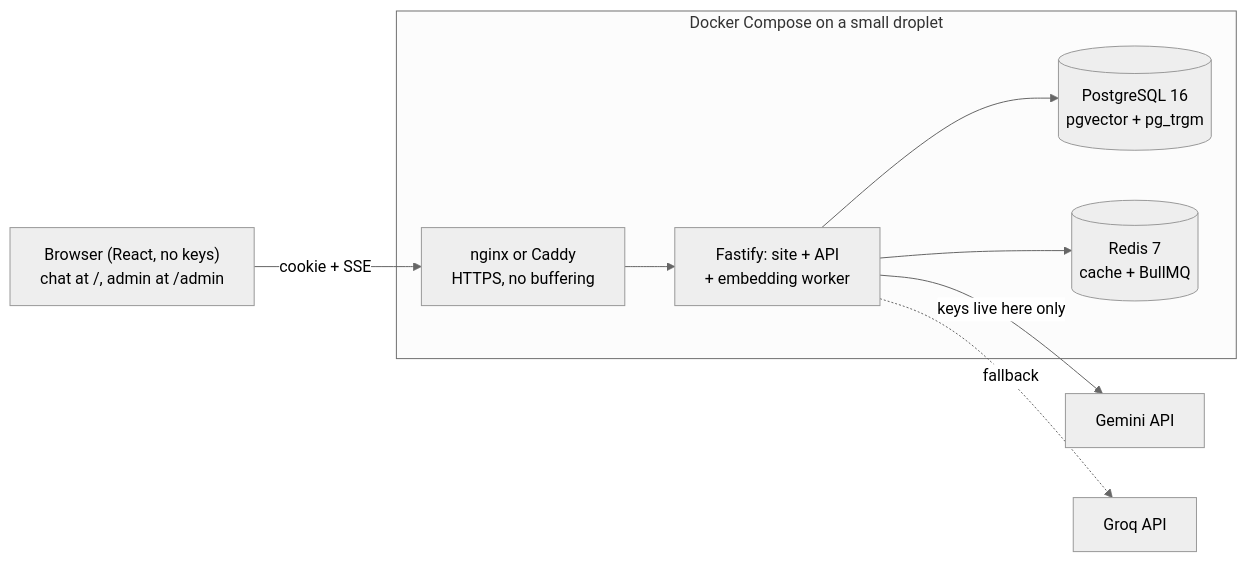
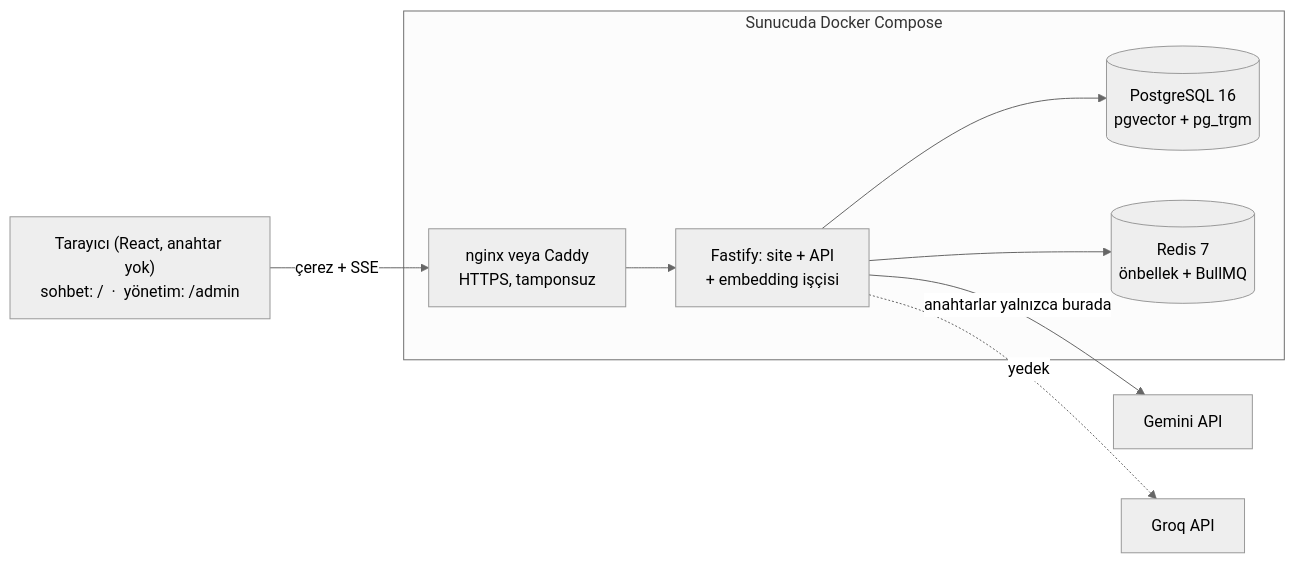
Before and after one commit to bcsakalar/Menu_Kopilot: the diagram in README.md, drawn with Mermaid (neutral theme). The commit also changed other lines of this file and 14 other files, not shown here.

````diff
--- a/README.md
+++ b/README.md
@@ -52,12 +101,12 @@
 ```mermaid
 flowchart LR
-  Browser["Browser (React, no keys)<br/>chat at /, admin at /admin"]
-  subgraph VPS["Docker Compose on a small droplet"]
-    Proxy[nginx or Caddy<br/>HTTPS, no buffering] --> API[Fastify: site + API<br/>+ embedding worker]
+  Browser["Tarayıcı (React, anahtar yok)<br/>sohbet: /  ·  yönetim: /admin"]
+  subgraph VPS["Sunucuda Docker Compose"]
+    Proxy[nginx veya Caddy<br/>HTTPS, tamponsuz] --> API[Fastify: site + API<br/>+ embedding işçisi]
     API --> PG[(PostgreSQL 16<br/>pgvector + pg_trgm)]
-    API --> Redis[(Redis 7<br/>cache + BullMQ)]
+    API --> Redis[(Redis 7<br/>önbellek + BullMQ)]
   end
-  Browser -- "cookie + SSE" --> Proxy
-  API -- "keys live here only" --> Gemini[Gemini API]
-  API -. fallback .-> Groq[Groq API]
+  Browser -- "çerez + SSE" --> Proxy
+  API -- "anahtarlar yalnızca burada" --> Gemini[Gemini API]
+  API -. yedek .-> Groq[Groq API]
 ```
````
